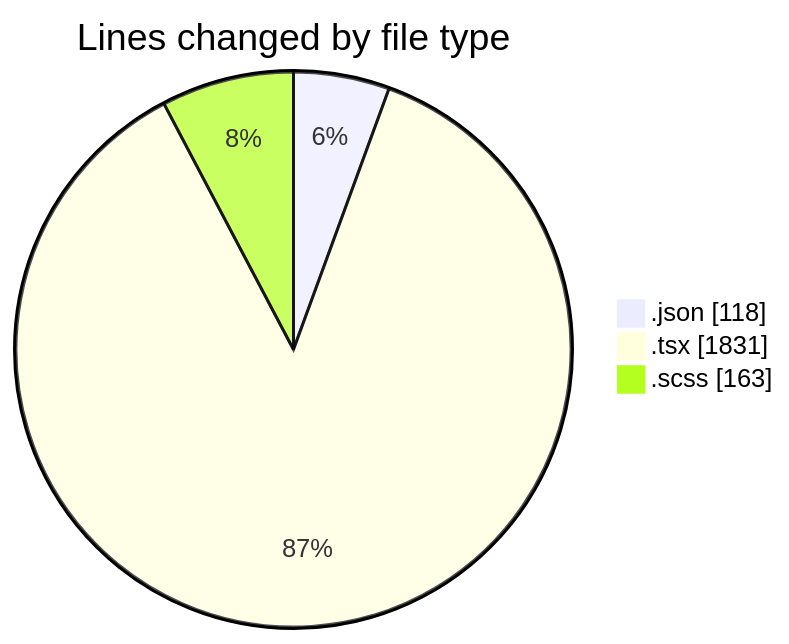
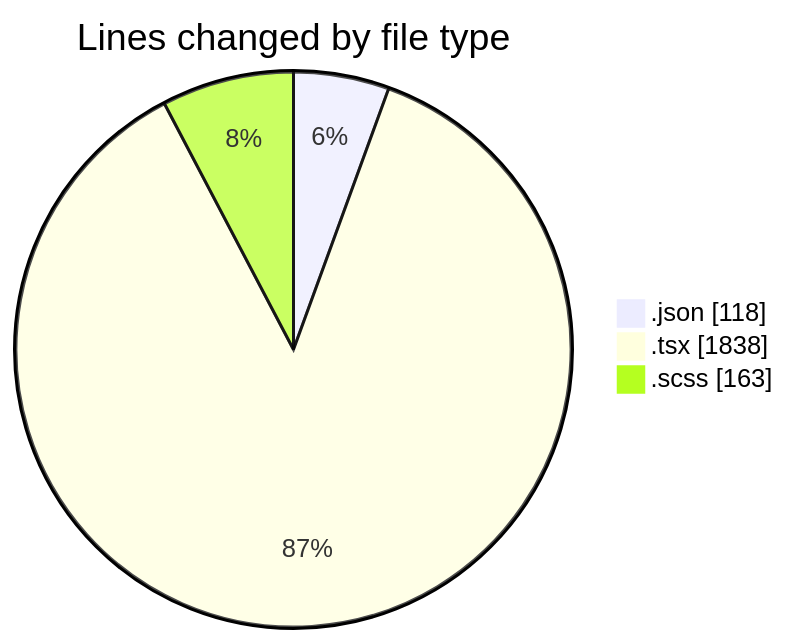
Before and after one commit to momahboobian/code-tracking: the first of 2 diagrams in 2025-11-19/cda/README.md, drawn with Mermaid. The commit also changed other lines of this file and 1 other file, not shown here.

````diff
--- a/2025-11-19/cda/README.md
+++ b/2025-11-19/cda/README.md
@@ -23,7 +23,7 @@
 ```mermaid
 pie showData
 title Lines changed by file type
 ".json" : 118
-".tsx" : 1831
+".tsx" : 1838
 ".scss" : 163
 ```
````
